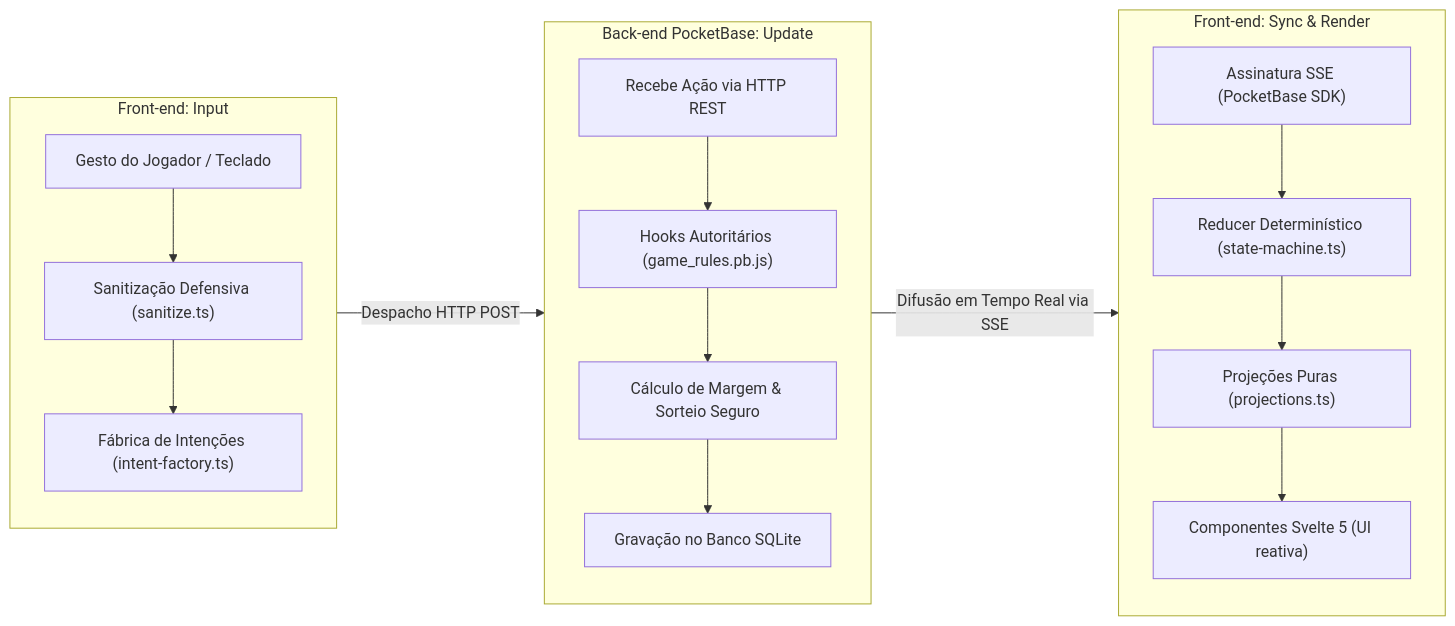
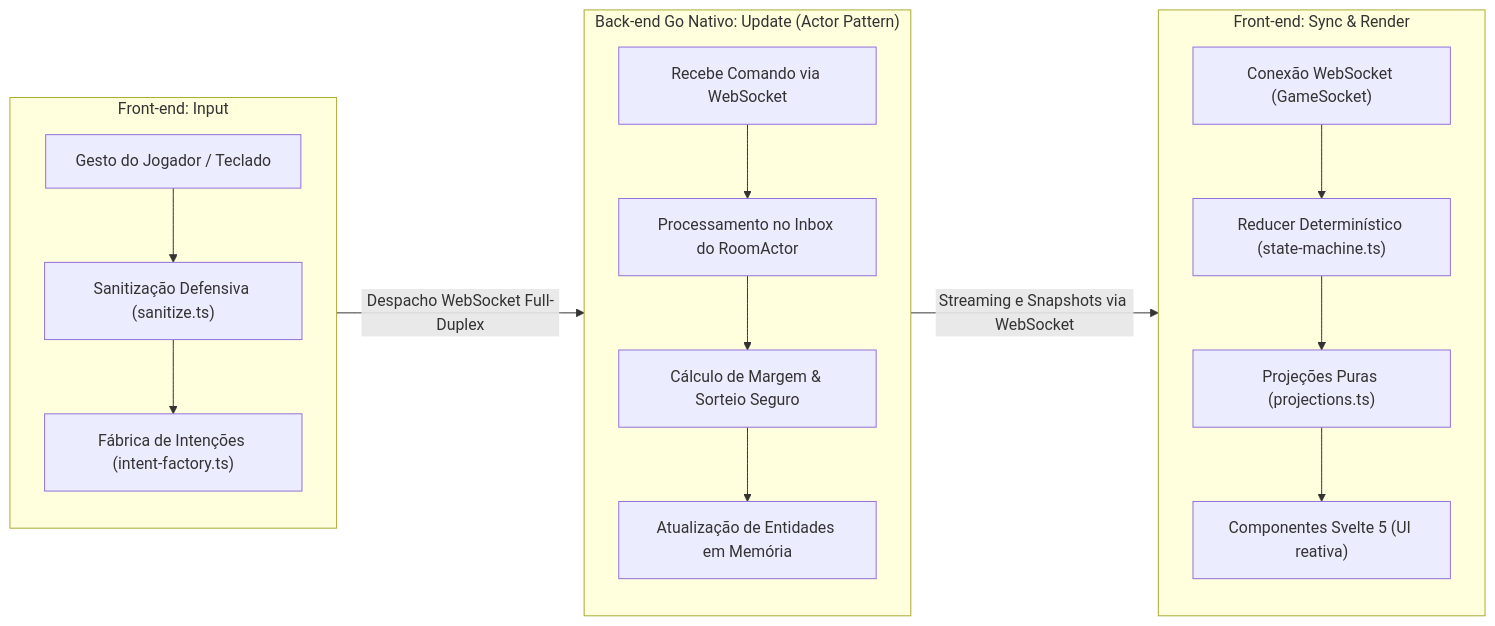
The fourth of 4 diagrams in docs/diagramas/diagramas.md (araujosemacento/leveling_out), drawn with Mermaid before and after one commit. The commit also changed other lines of this file and 25 other files, not shown here.

````diff
--- a/docs/diagramas/diagramas.md
+++ b/docs/diagramas/diagramas.md
@@ -193,31 +193,31 @@
 ```mermaid
 flowchart LR
     subgraph Cliente_Input ["Front-end: Input"]
         direction TB
         I1["Gesto do Jogador / Teclado"]
         I2["Sanitização Defensiva (sanitize.ts)"]
         I3["Fábrica de Intenções (intent-factory.ts)"]
         I1 --> I2 --> I3
     end
 
-    subgraph Servidor_Update ["Back-end PocketBase: Update"]
+    subgraph Servidor_Update ["Back-end Go Nativo: Update (Actor Pattern)"]
         direction TB
-        U1["Recebe Ação via HTTP REST"]
-        U2["Hooks Autoritários (game_rules.pb.js)"]
+        U1["Recebe Comando via WebSocket"]
+        U2["Processamento no Inbox do RoomActor"]
         U3["Cálculo de Margem & Sorteio Seguro"]
-        U4["Gravação no Banco SQLite"]
+        U4["Atualização de Entidades em Memória"]
         U1 --> U2 --> U3 --> U4
     end
 
     subgraph Cliente_SyncRender ["Front-end: Sync & Render"]
         direction TB
-        S1["Assinatura SSE (PocketBase SDK)"]
+        S1["Conexão WebSocket (GameSocket)"]
         S2["Reducer Determinístico (state-machine.ts)"]
         S3["Projeções Puras (projections.ts)"]
         S4["Componentes Svelte 5 (UI reativa)"]
         S1 --> S2 --> S3 --> S4
     end
 
-    I3 -->|Despacho HTTP POST| U1
-    U4 -->|Difusão em Tempo Real via SSE| S1
+    I3 -->|Despacho WebSocket Full-Duplex| U1
+    U4 -->|Streaming e Snapshots via WebSocket| S1
 ```
````
